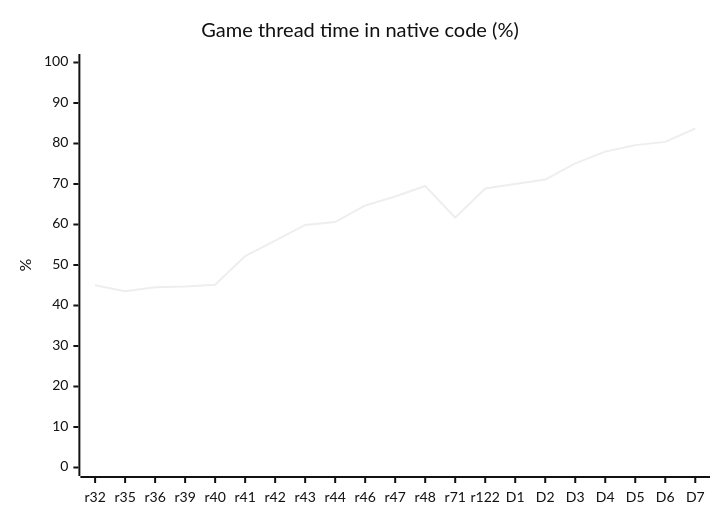
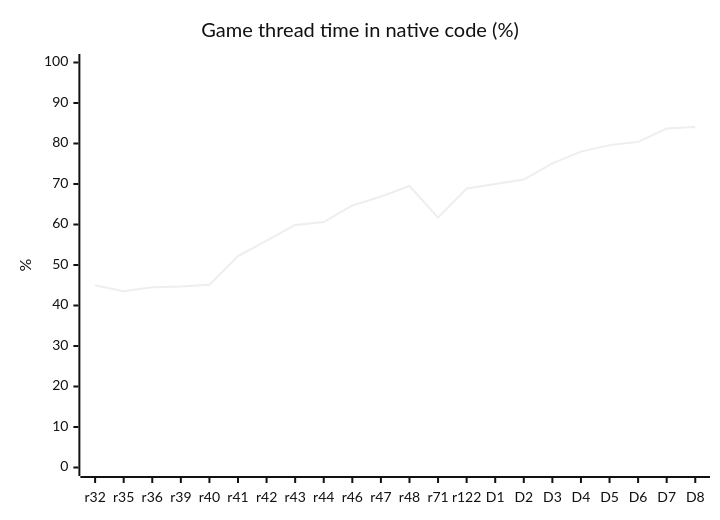
The diagram in README.md (HenryKun55/celosia), drawn with Mermaid (neutral theme) before and after one commit. The commit also changed other lines of this file and 17 other files, not shown here.

````diff
--- a/README.md
+++ b/README.md
@@ -273,7 +274,7 @@
 ```mermaid
 xychart-beta
     title "Game thread time in native code (%)"
-    x-axis ["r32", "r35", "r36", "r39", "r40", "r41", "r42", "r43", "r44", "r46", "r47", "r48", "r71", "r122", "D1", "D2", "D3", "D4", "D5", "D6", "D7"]
+    x-axis ["r32", "r35", "r36", "r39", "r40", "r41", "r42", "r43", "r44", "r46", "r47", "r48", "r71", "r122", "D1", "D2", "D3", "D4", "D5", "D6", "D7", "D8"]
     y-axis "%" 0 --> 100
-    line [45.0, 43.5, 44.5, 44.7, 45.1, 52.2, 56.0, 59.9, 60.6, 64.7, 66.9, 69.5, 61.7, 68.9, 70.0, 71.1, 75.1, 78.0, 79.6, 80.4, 83.7]
+    line [45.0, 43.5, 44.5, 44.7, 45.1, 52.2, 56.0, 59.9, 60.6, 64.7, 66.9, 69.5, 61.7, 68.9, 70.0, 71.1, 75.1, 78.0, 79.6, 80.4, 83.7, 84.1]
 ```
````
